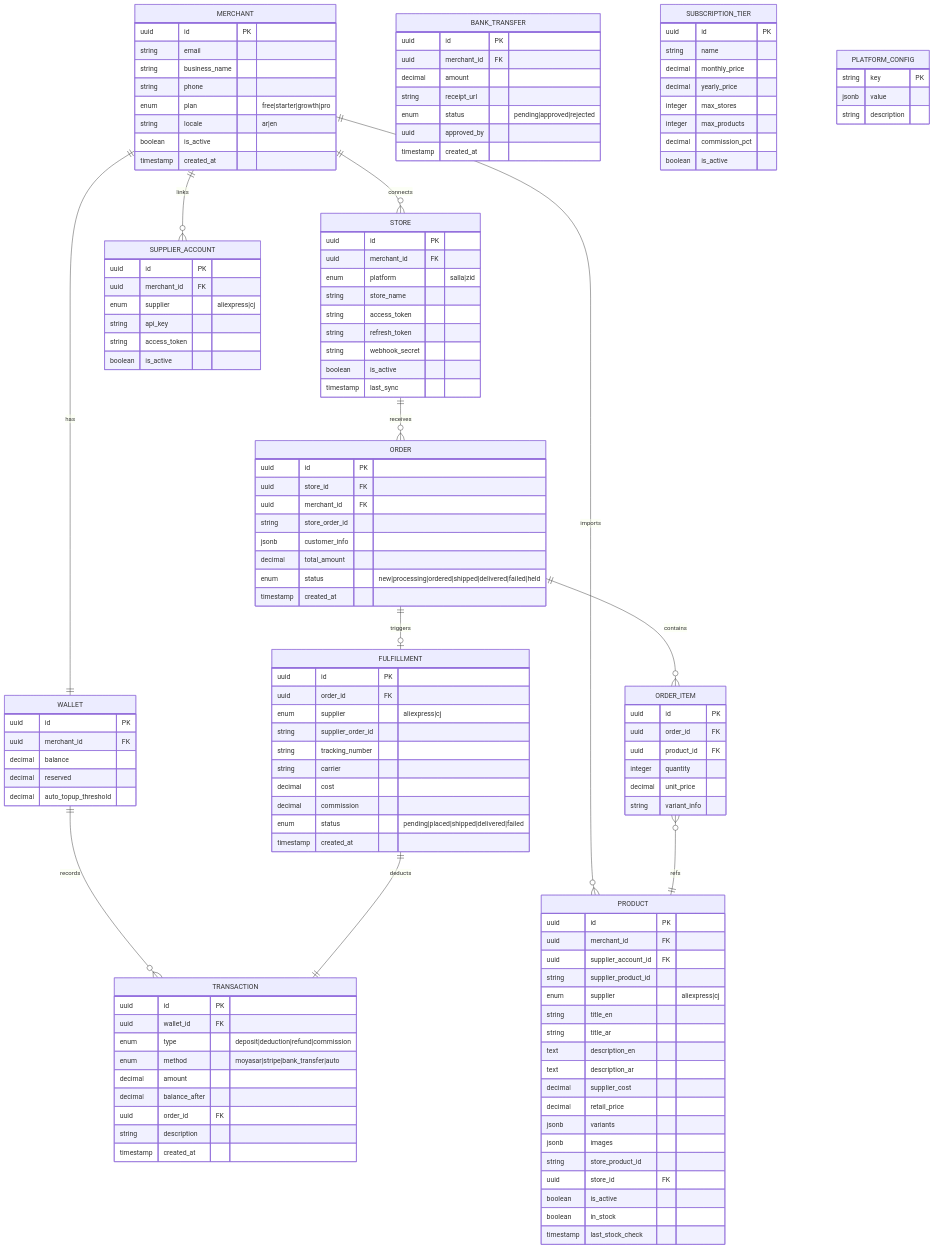
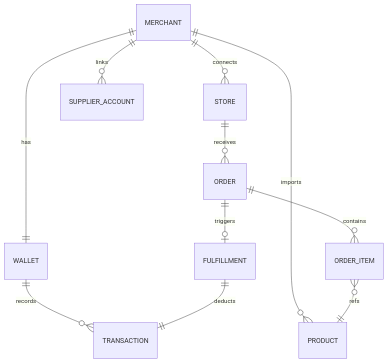
One commit to drjimmy1990/dropshipping changed the third of 4 diagrams in implementation_plan2.md. Above: the diagram before and after it, drawn with Mermaid. The commit also changed other lines of this file and 21 other files, not shown here.

First line of the commit message:
feat: Salla OAuth integration, n8n webhook scaffold, project docs update

````diff
--- a/implementation_plan2.md
+++ b/implementation_plan2.md
@@ -332,126 +335,4 @@
     ORDER_ITEM }o--|| PRODUCT : "refs"
     ORDER ||--o| FULFILLMENT : "triggers"
     FULFILLMENT ||--|| TRANSACTION : "deducts"
-
-    MERCHANT {
-        uuid id PK
-        string email
-        string business_name
-        string phone
-        enum plan "free|starter|growth|pro"
-        string locale "ar|en"
-        boolean is_active
-        timestamp created_at
-    }
-    WALLET {
-        uuid id PK
-        uuid merchant_id FK
-        decimal balance
-        decimal reserved
-        decimal auto_topup_threshold
-    }
-    TRANSACTION {
-        uuid id PK
-        uuid wallet_id FK
-        enum type "deposit|deduction|refund|commission"
-        enum method "moyasar|stripe|bank_transfer|auto"
-        decimal amount
-        decimal balance_after
-        uuid order_id FK
-        string description
-        timestamp created_at
-    }
-    STORE {
-        uuid id PK
-        uuid merchant_id FK
-        enum platform "salla|zid"
-        string store_name
-        string access_token
-        string refresh_token
-        string webhook_secret
-        boolean is_active
-        timestamp last_sync
-    }
-    SUPPLIER_ACCOUNT {
-        uuid id PK
-        uuid merchant_id FK
-        enum supplier "aliexpress|cj"
-        string api_key
-        string access_token
-        boolean is_active
-    }
-    PRODUCT {
-        uuid id PK
-        uuid merchant_id FK
-        uuid supplier_account_id FK
-        string supplier_product_id
-        enum supplier "aliexpress|cj"
-        string title_en
-        string title_ar
-        text description_en
-        text description_ar
-        decimal supplier_cost
-        decimal retail_price
-        jsonb variants
-        jsonb images
-        string store_product_id
-        uuid store_id FK
-        boolean is_active
-        boolean in_stock
-        timestamp last_stock_check
-    }
-    ORDER {
-        uuid id PK
-        uuid store_id FK
-        uuid merchant_id FK
-        string store_order_id
-        jsonb customer_info
-        decimal total_amount
-        enum status "new|processing|ordered|shipped|delivered|failed|held"
-        timestamp created_at
-    }
-    ORDER_ITEM {
-        uuid id PK
-        uuid order_id FK
-        uuid product_id FK
-        integer quantity
-        decimal unit_price
-        string variant_info
-    }
-    FULFILLMENT {
-        uuid id PK
-        uuid order_id FK
-        enum supplier "aliexpress|cj"
-        string supplier_order_id
-        string tracking_number
-        string carrier
-        decimal cost
-        decimal commission
-        enum status "pending|placed|shipped|delivered|failed"
-        timestamp created_at
-    }
-    BANK_TRANSFER {
-        uuid id PK
-        uuid merchant_id FK
-        decimal amount
-        string receipt_url
-        enum status "pending|approved|rejected"
-        uuid approved_by
-        timestamp created_at
-    }
-    SUBSCRIPTION_TIER {
-        uuid id PK
-        string name
-        decimal monthly_price
-        decimal yearly_price
-        integer max_stores
-        integer max_products
-        decimal commission_pct
-        boolean is_active
-    }
-    PLATFORM_CONFIG {
-        string key PK
-        jsonb value
-        string description
-    }
 ```
````
